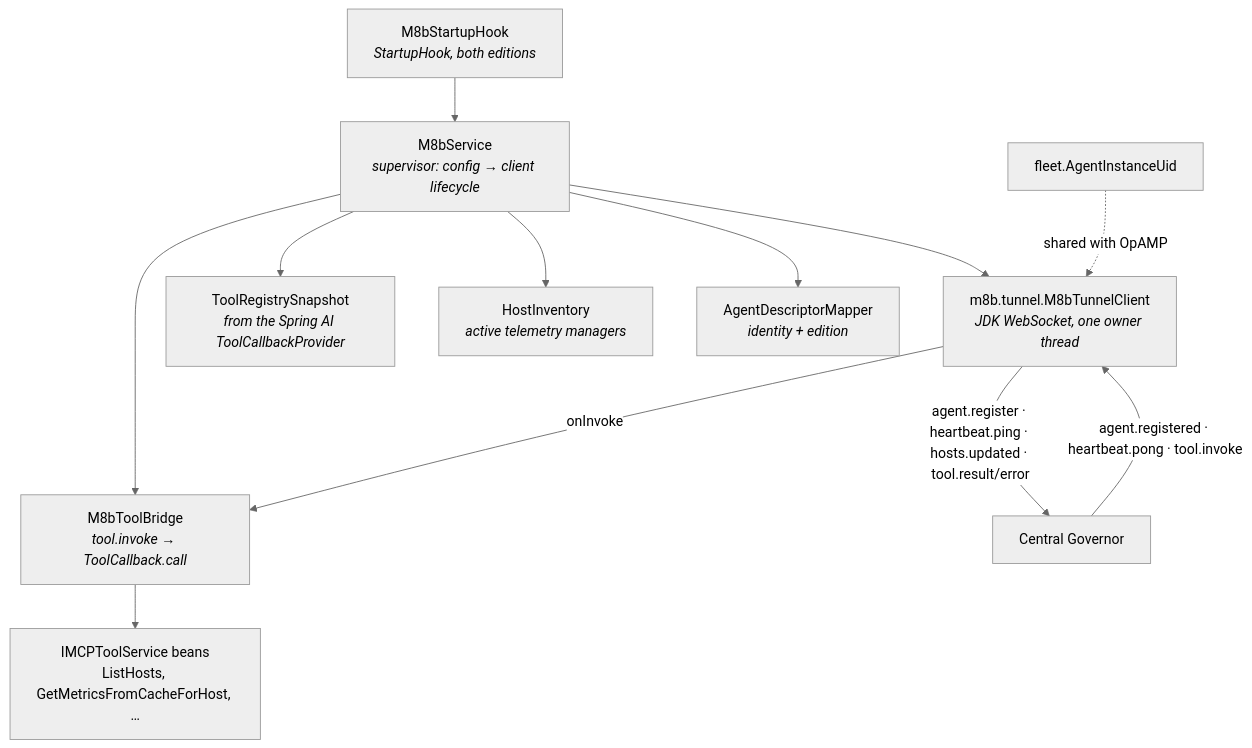
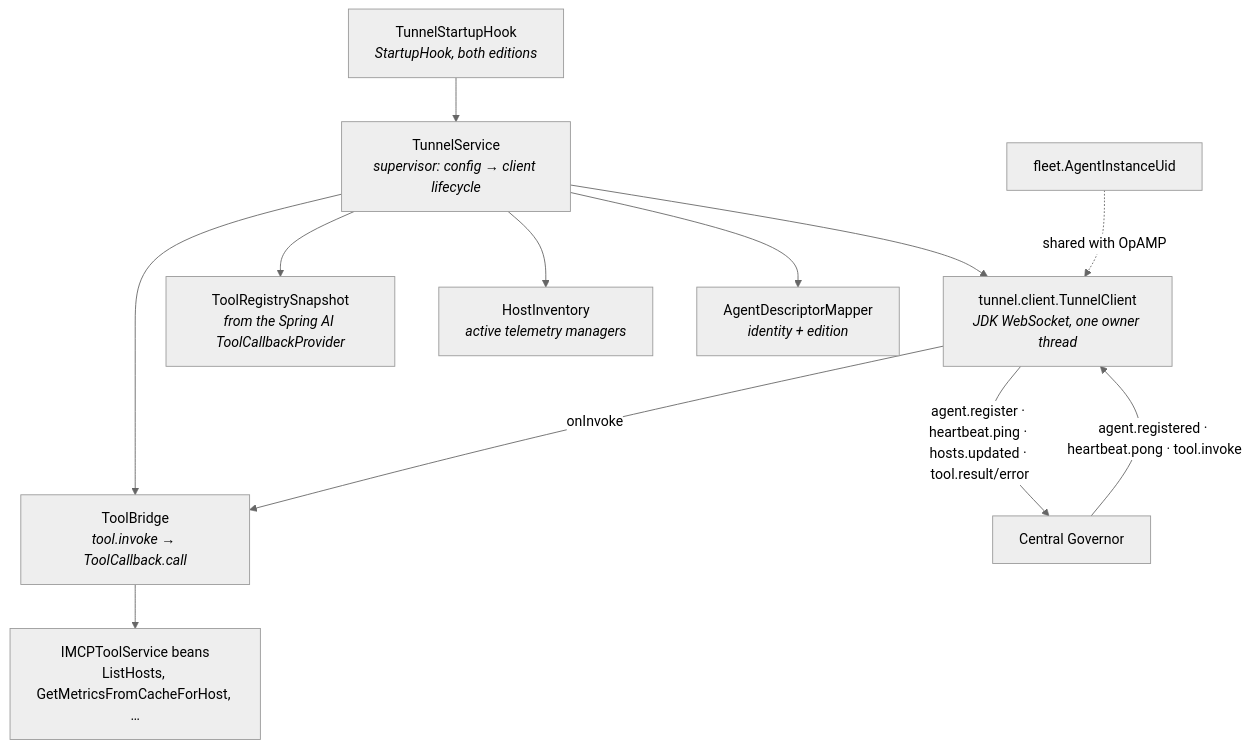
Before and after one commit to MetricsHub/metricshub-community: the ninth of 9 diagrams in central-fleet-management.md, drawn with Mermaid (neutral theme). The commit also changed other lines of this file and 63 other files, not shown here.

````diff
--- a/central-fleet-management.md
+++ b/central-fleet-management.md
@@ -779,14 +779,14 @@
 ```mermaid
 flowchart TB
-    Hook["M8bStartupHook<br/><i>StartupHook, both editions</i>"] --> Svc["M8bService<br/><i>supervisor: config → client lifecycle</i>"]
-    Svc --> Client["m8b.tunnel.M8bTunnelClient<br/><i>JDK WebSocket, one owner thread</i>"]
+    Hook["TunnelStartupHook<br/><i>StartupHook, both editions</i>"] --> Svc["TunnelService<br/><i>supervisor: config → client lifecycle</i>"]
+    Svc --> Client["tunnel.client.TunnelClient<br/><i>JDK WebSocket, one owner thread</i>"]
     Svc --> Snap["ToolRegistrySnapshot<br/><i>from the Spring AI ToolCallbackProvider</i>"]
     Svc --> Inv["HostInventory<br/><i>active telemetry managers</i>"]
     Svc --> Desc["AgentDescriptorMapper<br/><i>identity + edition</i>"]
-    Svc --> Bridge["M8bToolBridge<br/><i>tool.invoke → ToolCallback.call</i>"]
+    Svc --> Bridge["ToolBridge<br/><i>tool.invoke → ToolCallback.call</i>"]
     Client -->|"agent.register · heartbeat.ping · hosts.updated · tool.result/error"| Gov["Central Governor"]
     Gov -->|"agent.registered · heartbeat.pong · tool.invoke"| Client
     Client -->|onInvoke| Bridge
     Bridge --> Tools["IMCPToolService beans<br/>ListHosts, GetMetricsFromCacheForHost, …"]
     Uid["fleet.AgentInstanceUid"] -.shared with OpAMP.-> Client
 ```
````
